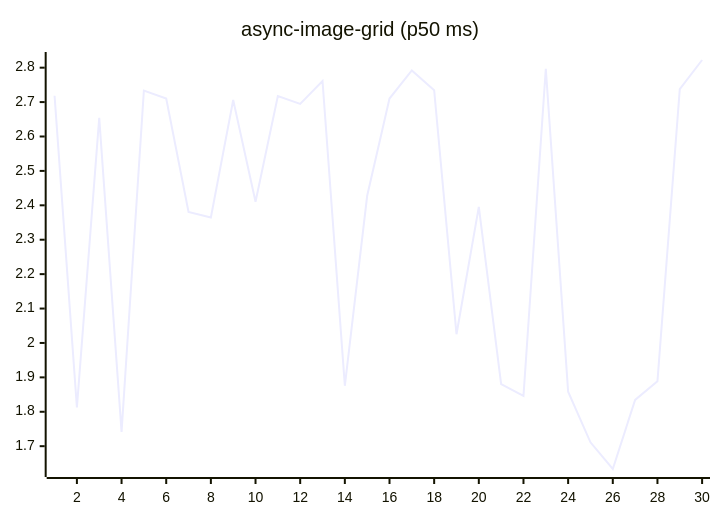
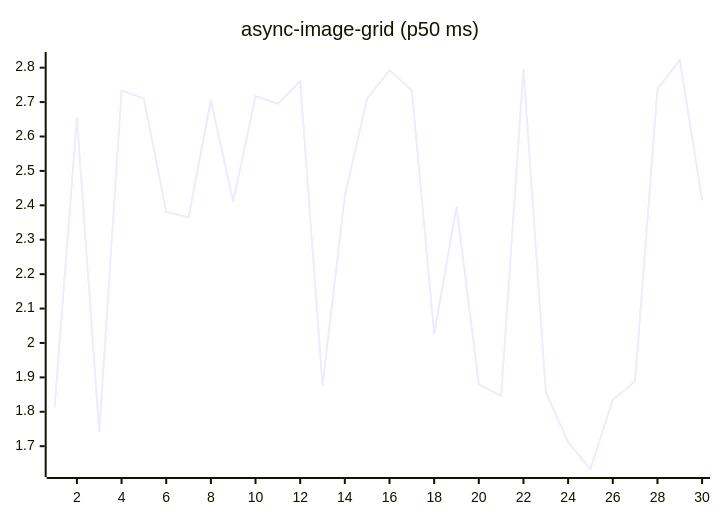
One commit to josha/Facet changed the fifth of 27 diagrams in README.md. Above: the diagram before and after it, drawn with Mermaid. The commit also changed other lines of this file and 2 other files, not shown here.

````diff
--- a/README.md
+++ b/README.md
@@ -91,6 +91,6 @@
 ```mermaid
 xychart-beta
     title "async-image-grid (p50 ms)"
     x-axis 1 --> 30
-    line [2.7184, 1.8124, 2.6543, 1.7415, 2.7336, 2.7103, 2.3810, 2.3646, 2.7059, 2.4103, 2.7175, 2.6949, 2.7614, 1.8756, 2.4277, 2.7103, 2.7919, 2.7346, 2.0254, 2.3955, 1.8801, 1.8461, 2.7970, 1.8583, 1.7113, 1.6337, 1.8346, 1.8885, 2.7375, 2.8223]
+    line [1.8124, 2.6543, 1.7415, 2.7336, 2.7103, 2.3810, 2.3646, 2.7059, 2.4103, 2.7175, 2.6949, 2.7614, 1.8756, 2.4277, 2.7103, 2.7919, 2.7346, 2.0254, 2.3955, 1.8801, 1.8461, 2.7970, 1.8583, 1.7113, 1.6337, 1.8346, 1.8885, 2.7375, 2.8223, 2.4153]
 ```
````
